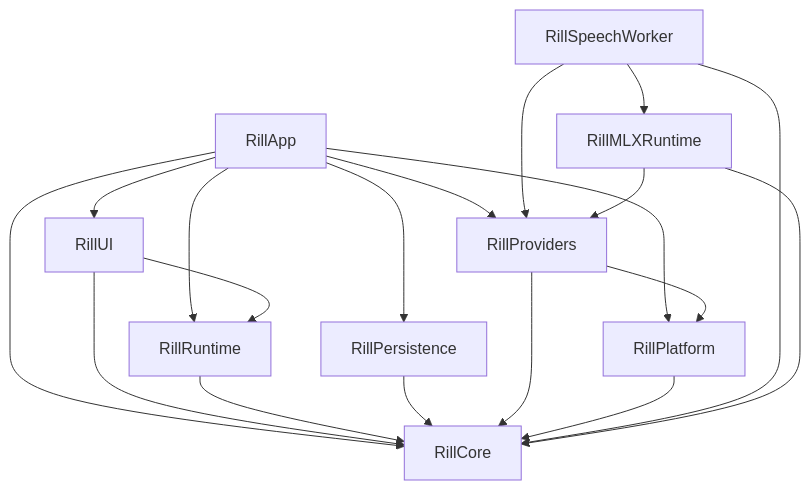
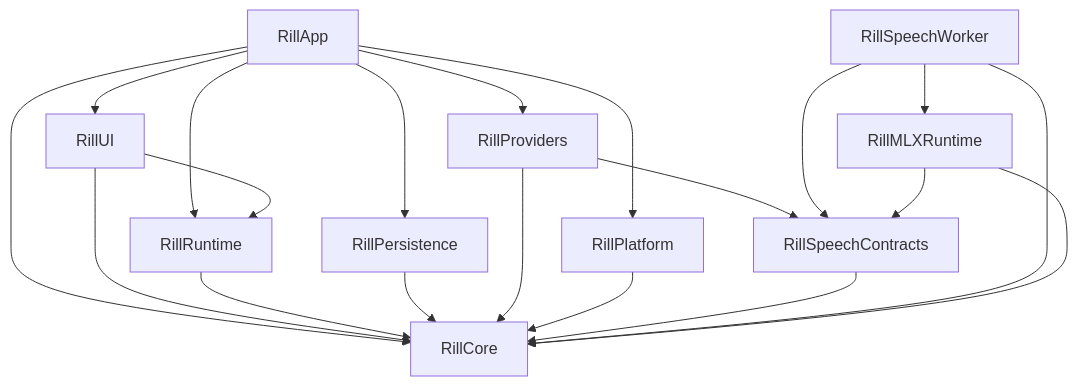
Before and after one commit to zrr1999/rill: the diagram in docs/architecture.md, drawn with Mermaid. The commit also changed other lines of this file and 149 other files, not shown here.

````diff
--- a/docs/architecture.md
+++ b/docs/architecture.md
@@ -11,21 +11,22 @@
 ```mermaid
 flowchart TD
     App[RillApp] --> UI[RillUI]
     App --> Runtime[RillRuntime]
     App --> Persistence[RillPersistence]
     App --> Providers[RillProviders]
     App --> Platform[RillPlatform]
     App --> Core[RillCore]
     UI --> Runtime
     UI --> Core
     Runtime --> Core
     Persistence --> Core
-    Providers --> Platform
+    Providers --> Contracts[RillSpeechContracts]
     Providers --> Core
     Platform --> Core
+    Contracts --> Core
     Worker[RillSpeechWorker] --> MLX[RillMLXRuntime]
-    Worker --> Providers
+    Worker --> Contracts
     Worker --> Core
-    MLX --> Providers
+    MLX --> Contracts
     MLX --> Core
 ```
````
